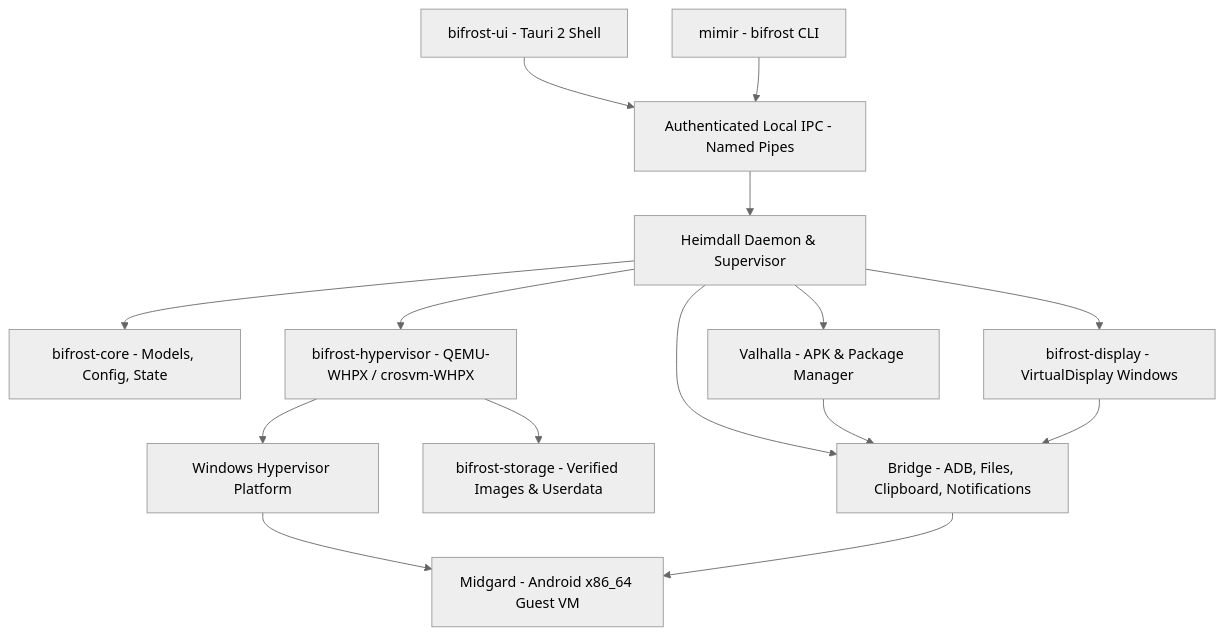
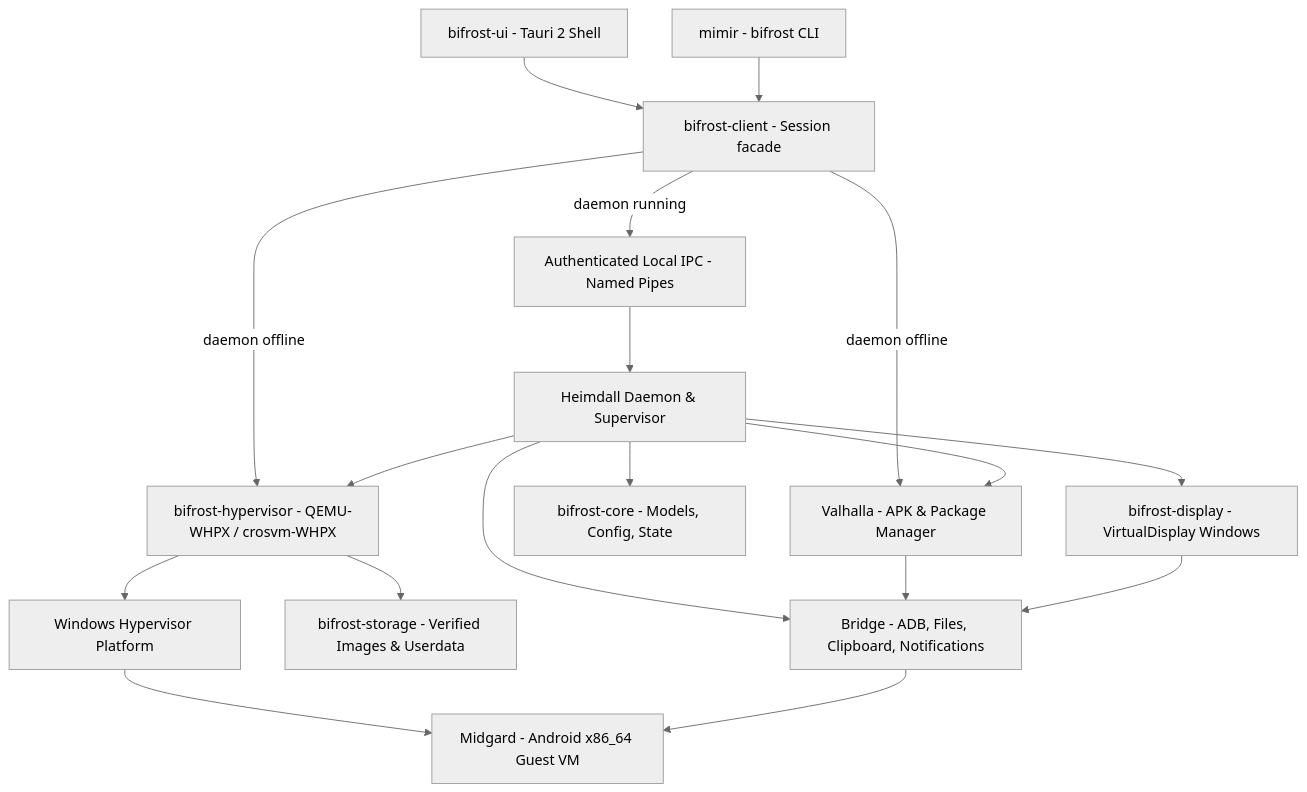
Before and after one commit to kiramman-mp3/bifrost: the diagram in README.md, drawn with Mermaid (neutral theme). The commit also changed other lines of this file and 2 other files, not shown here.

Commit message:
docs: describe the bifrost-client facade

````diff
--- a/README.md
+++ b/README.md
@@ -78,17 +78,20 @@
 ```mermaid
 graph TD
-    UI[bifrost-ui - Tauri 2 Shell] --> IPC[Authenticated Local IPC - Named Pipes]
-    CLI[mimir - bifrost CLI] --> IPC
+    UI[bifrost-ui - Tauri 2 Shell] --> CLIENT[bifrost-client - Session facade]
+    CLI[mimir - bifrost CLI] --> CLIENT
+    CLIENT -->|daemon running| IPC[Authenticated Local IPC - Named Pipes]
+    CLIENT -->|daemon offline| VALHALLA
+    CLIENT -->|daemon offline| HYP
     IPC --> HEIMDALL[Heimdall Daemon & Supervisor]
     HEIMDALL --> CORE[bifrost-core - Models, Config, State]
     HEIMDALL --> VALHALLA[Valhalla - APK & Package Manager]
     HEIMDALL --> BRIDGE[Bridge - ADB, Files, Clipboard, Notifications]
     HEIMDALL --> DISPLAY[bifrost-display - VirtualDisplay Windows]
     HEIMDALL --> HYP[bifrost-hypervisor - QEMU-WHPX / crosvm-WHPX]
     HYP --> STORAGE[bifrost-storage - Verified Images & Userdata]
     HYP --> WHPX[Windows Hypervisor Platform]
     WHPX --> MIDGARD[Midgard - Android x86_64 Guest VM]
     VALHALLA --> BRIDGE
     DISPLAY --> BRIDGE
     BRIDGE --> MIDGARD
 ```
````
